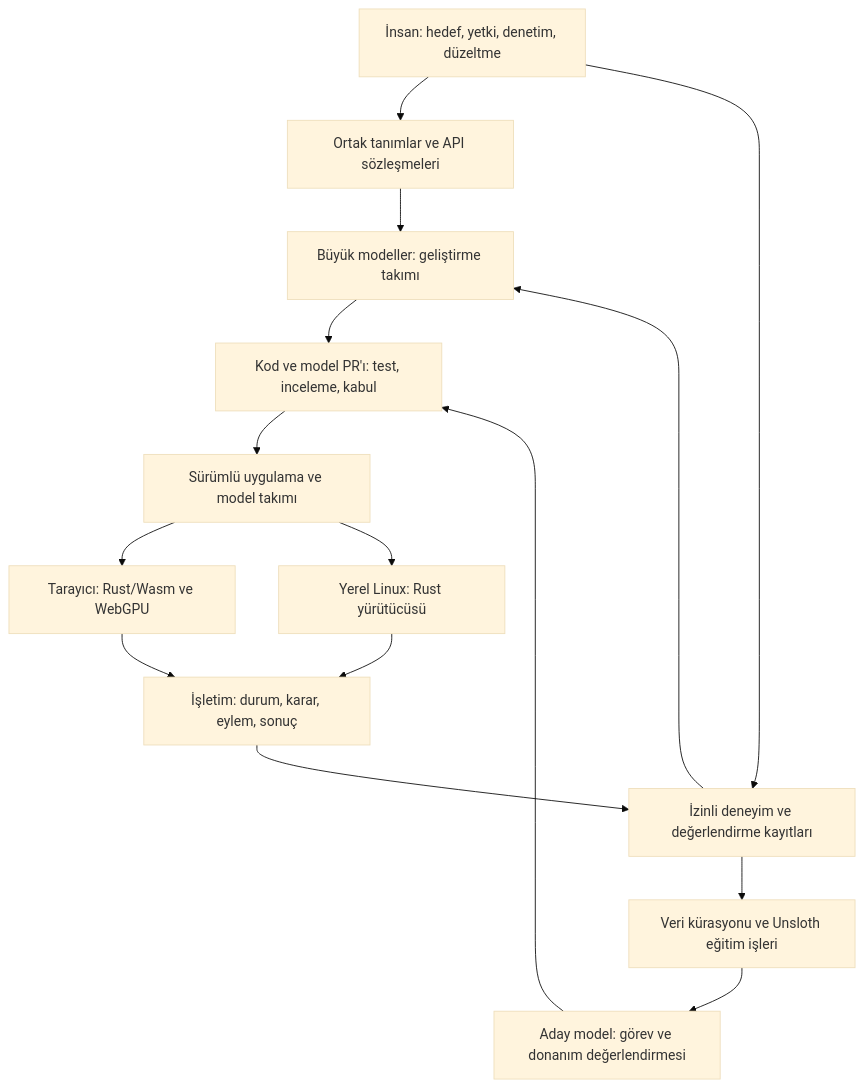
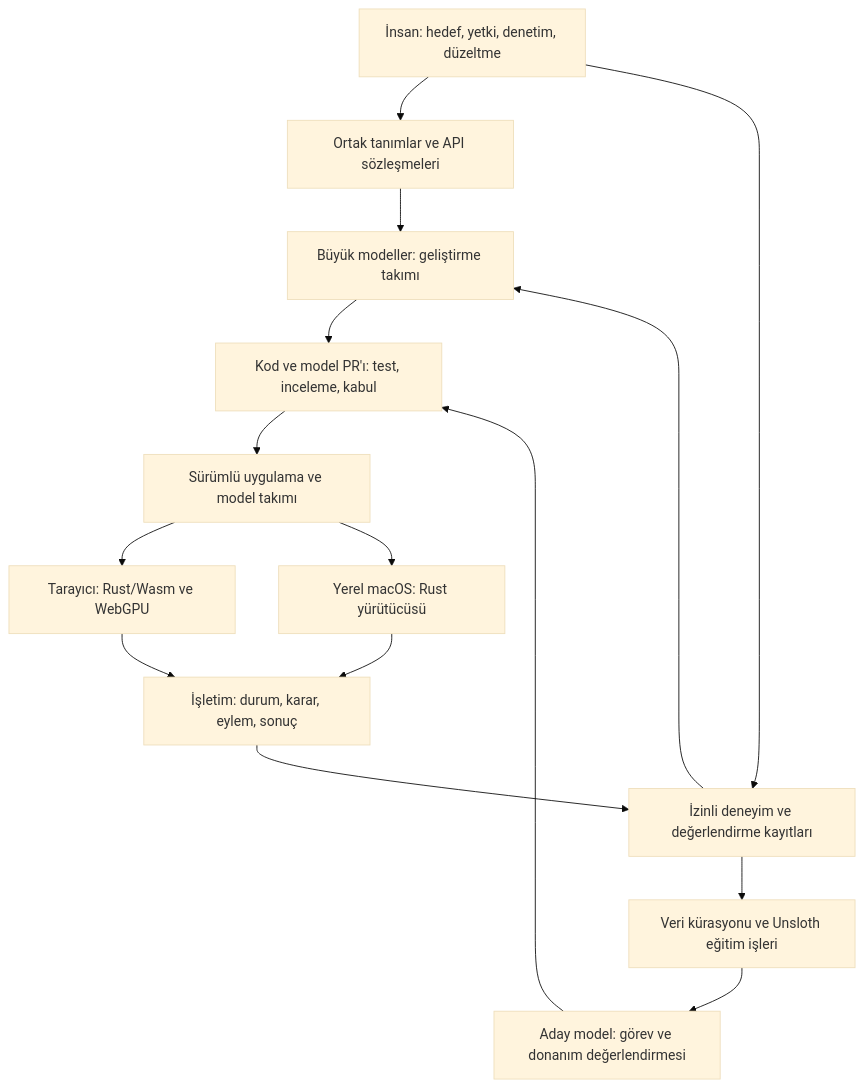
One commit to eylema-dev/eylema-docs-tr changed the diagram in docs/architecture.md. Above: the diagram before and after it, drawn with Mermaid (base theme). The commit also changed other lines of this file and 6 other files, not shown here.

````diff
--- a/docs/architecture.md
+++ b/docs/architecture.md
@@ -19,17 +35,17 @@
 ```mermaid
 flowchart TB
     H[İnsan: hedef, yetki, denetim, düzeltme] --> C[Ortak tanımlar ve API sözleşmeleri]
     C --> D[Büyük modeller: geliştirme takımı]
     D --> P[Kod ve model PR'ı: test, inceleme, kabul]
     P --> R[Sürümlü uygulama ve model takımı]
     R --> B[Tarayıcı: Rust/Wasm ve WebGPU]
-    R --> N[Yerel Linux: Rust yürütücüsü]
+    R --> N[Yerel macOS: Rust yürütücüsü]
     B --> O[İşletim: durum, karar, eylem, sonuç]
     N --> O
     O --> E[İzinli deneyim ve değerlendirme kayıtları]
     H --> E
     E --> T[Veri kürasyonu ve Unsloth eğitim işleri]
     T --> V[Aday model: görev ve donanım değerlendirmesi]
     V --> P
     E --> D
 ```
````
